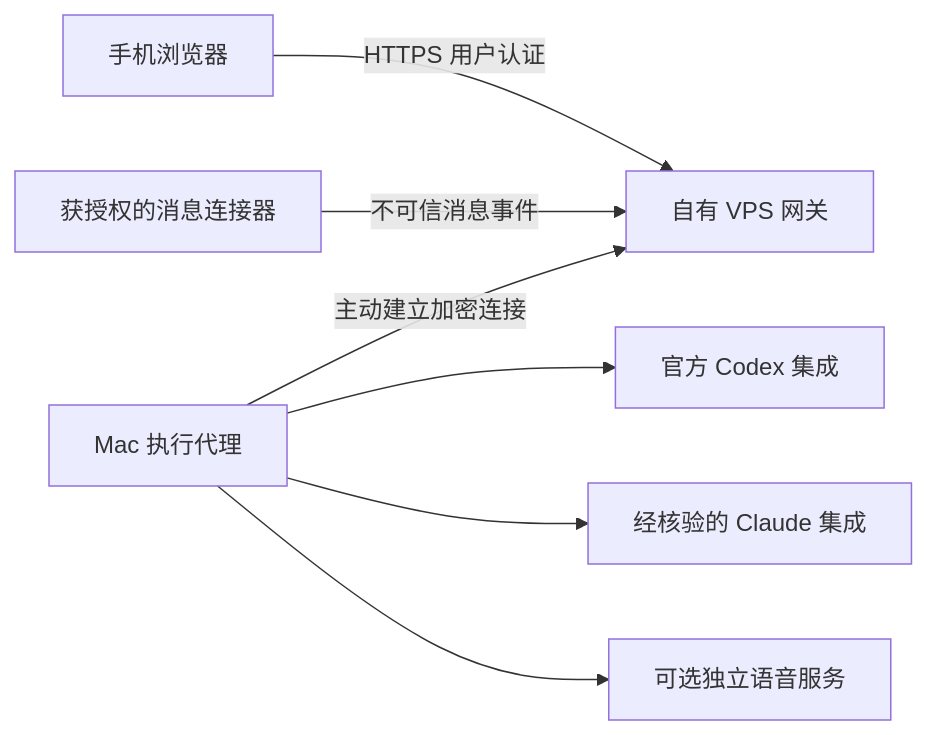
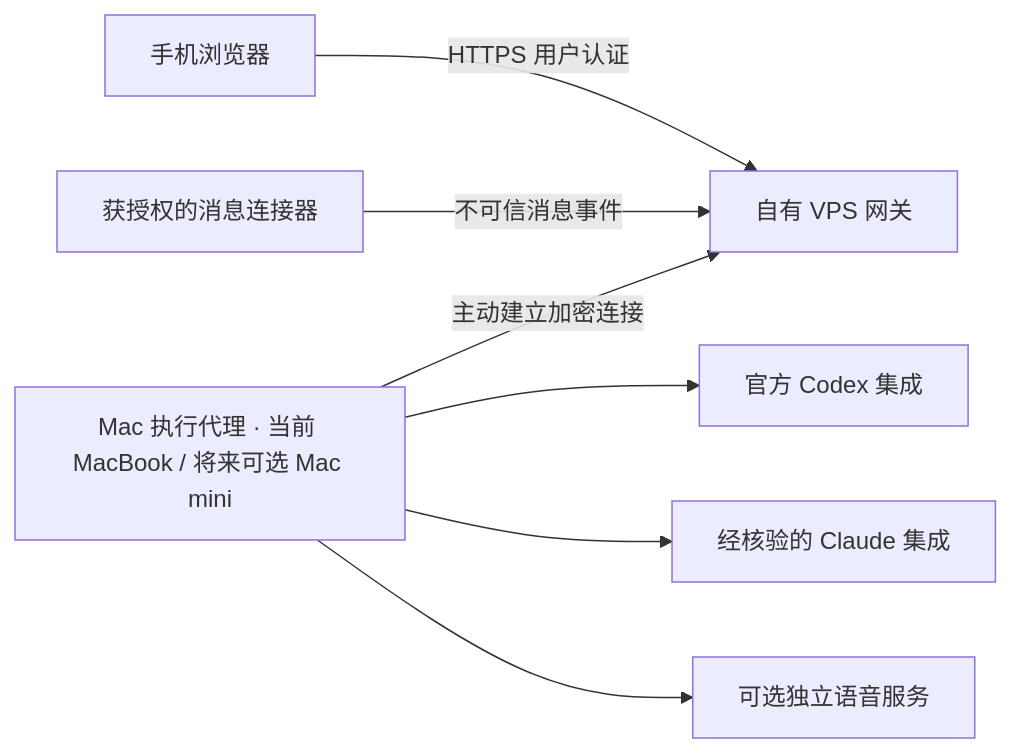
Before and after one commit to JohnShinsei/relaydesk: the second of 2 diagrams in docs/architecture.md, drawn with Mermaid. The commit also changed other lines of this file and 4 other files, not shown here.

````diff
--- a/docs/architecture.md
+++ b/docs/architecture.md
@@ -23,9 +27,9 @@
 ```mermaid
 flowchart LR
   Phone[手机浏览器] -->|HTTPS 用户认证| VPS[自有 VPS 网关]
-  Mac[Mac 执行代理] -->|主动建立加密连接| VPS
+  Mac[Mac 执行代理 · 当前 MacBook / 将来可选 Mac mini] -->|主动建立加密连接| VPS
   Mac --> Codex[官方 Codex 集成]
   Mac --> Claude[经核验的 Claude 集成]
   Channels[获授权的消息连接器] -->|不可信消息事件| VPS
   Mac --> Voice[可选独立语音服务]
 ```
````
